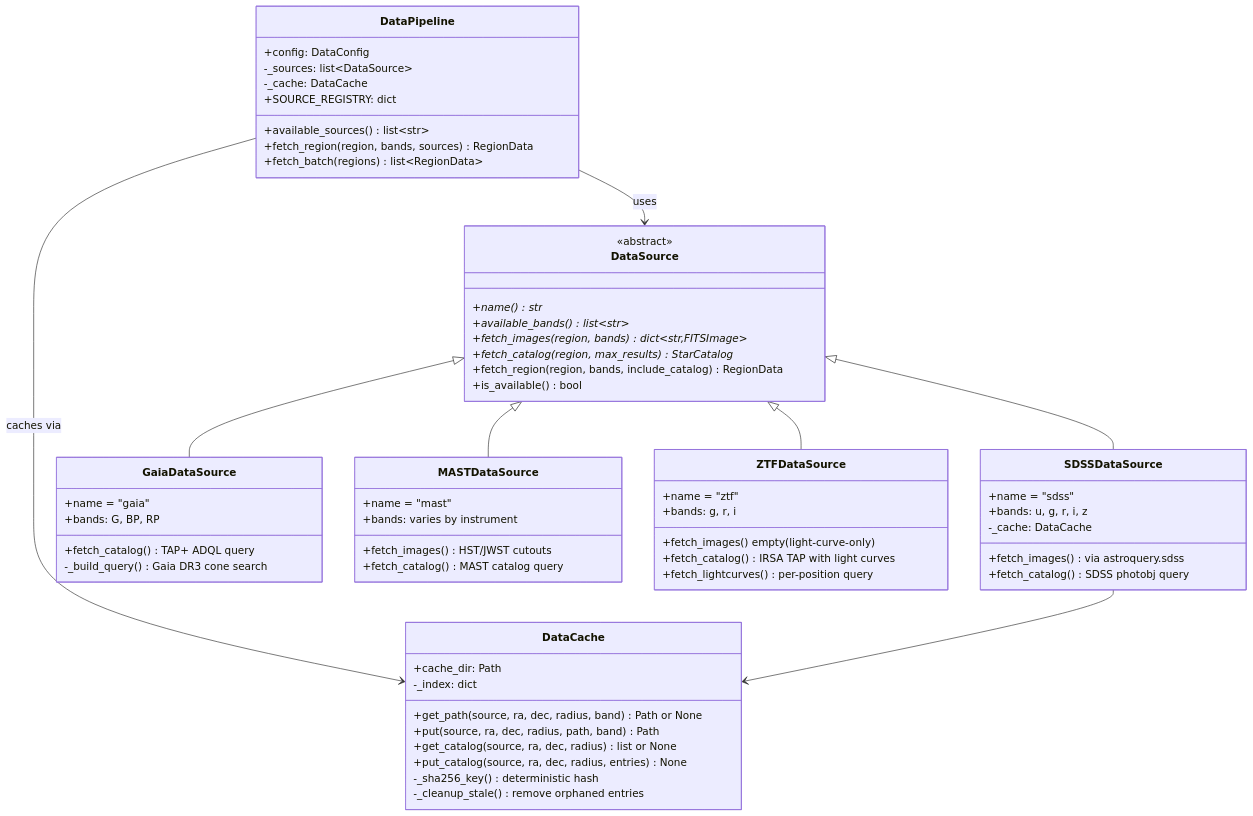
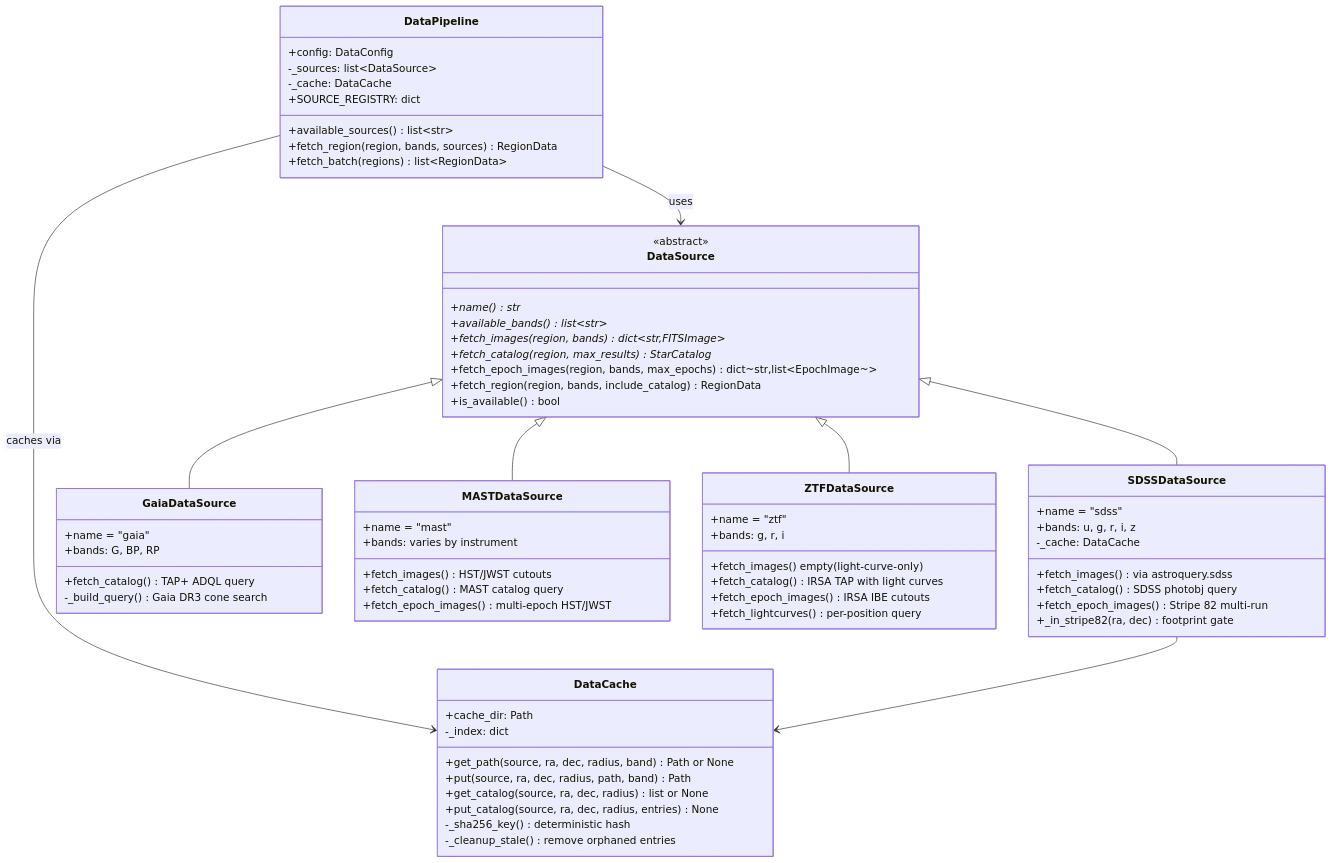
Before and after one commit to rondilley/StarPattern_AI: the fourth of 15 diagrams in docs/ARCHITECTURE.md, drawn with Mermaid. The commit also changed other lines of this file and 28 other files, not shown here.

````diff
--- a/docs/ARCHITECTURE.md
+++ b/docs/ARCHITECTURE.md
@@ -235,71 +235,76 @@
 ```mermaid
 classDiagram
     class DataSource {
         <<abstract>>
         +name() str*
         +available_bands() list~str~*
         +fetch_images(region, bands) dict~str,FITSImage~*
         +fetch_catalog(region, max_results) StarCatalog*
+        +fetch_epoch_images(region, bands, max_epochs) dict~str,list~EpochImage~~
         +fetch_region(region, bands, include_catalog) RegionData
         +is_available() bool
     }
 
     class SDSSDataSource {
         +name = "sdss"
         +bands: u, g, r, i, z
         -_cache: DataCache
         +fetch_images() via astroquery.sdss
         +fetch_catalog() SDSS photobj query
+        +fetch_epoch_images() Stripe 82 multi-run
+        +_in_stripe82(ra, dec) footprint gate
     }
 
     class GaiaDataSource {
         +name = "gaia"
         +bands: G, BP, RP
         +fetch_catalog() TAP+ ADQL query
         -_build_query() Gaia DR3 cone search
     }
 
     class MASTDataSource {
         +name = "mast"
         +bands: varies by instrument
         +fetch_images() HST/JWST cutouts
         +fetch_catalog() MAST catalog query
+        +fetch_epoch_images() multi-epoch HST/JWST
     }
 
     class ZTFDataSource {
         +name = "ztf"
         +bands: g, r, i
         +fetch_images() empty (light-curve-only)
         +fetch_catalog() IRSA TAP with light curves
+        +fetch_epoch_images() IRSA IBE cutouts
         +fetch_lightcurves() per-position query
     }
 
     class DataCache {
         +cache_dir: Path
         -_index: dict
         +get_path(source, ra, dec, radius, band) Path or None
         +put(source, ra, dec, radius, path, band) Path
         +get_catalog(source, ra, dec, radius) list or None
         +put_catalog(source, ra, dec, radius, entries) None
         -_sha256_key() deterministic hash
         -_cleanup_stale() remove orphaned entries
     }
 
     class DataPipeline {
         +config: DataConfig
         -_sources: list~DataSource~
         -_cache: DataCache
         +SOURCE_REGISTRY: dict
         +available_sources() list~str~
         +fetch_region(region, bands, sources) RegionData
         +fetch_batch(regions) list~RegionData~
     }
 
     DataSource <|-- SDSSDataSource
     DataSource <|-- GaiaDataSource
     DataSource <|-- MASTDataSource
     DataSource <|-- ZTFDataSource
     DataPipeline --> DataSource : uses
     DataPipeline --> DataCache : caches via
     SDSSDataSource --> DataCache
 ```
````
